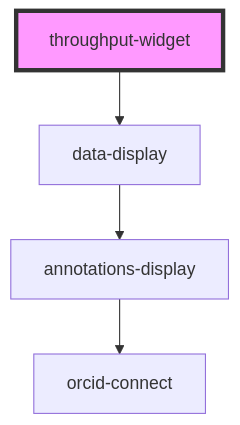
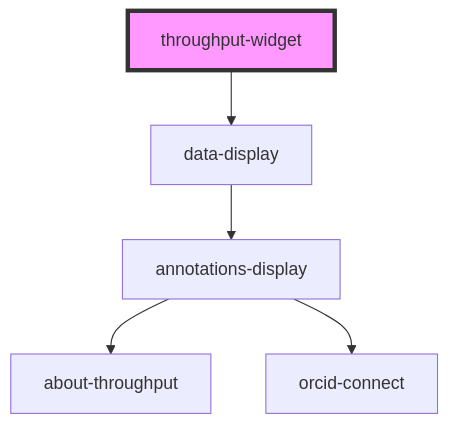
The diagram in src/components/throughput-widget/readme.md (throughput-ec/widget), drawn with Mermaid before and after one commit. The commit also changed 3 other files, not shown here.

````diff
--- a/src/components/throughput-widget/readme.md
+++ b/src/components/throughput-widget/readme.md
@@ -24,7 +24,8 @@
 ```mermaid
 graph TD;
   throughput-widget --> data-display
   data-display --> annotations-display
+  annotations-display --> about-throughput
   annotations-display --> orcid-connect
   style throughput-widget fill:#f9f,stroke:#333,stroke-width:4px
 ```
````
